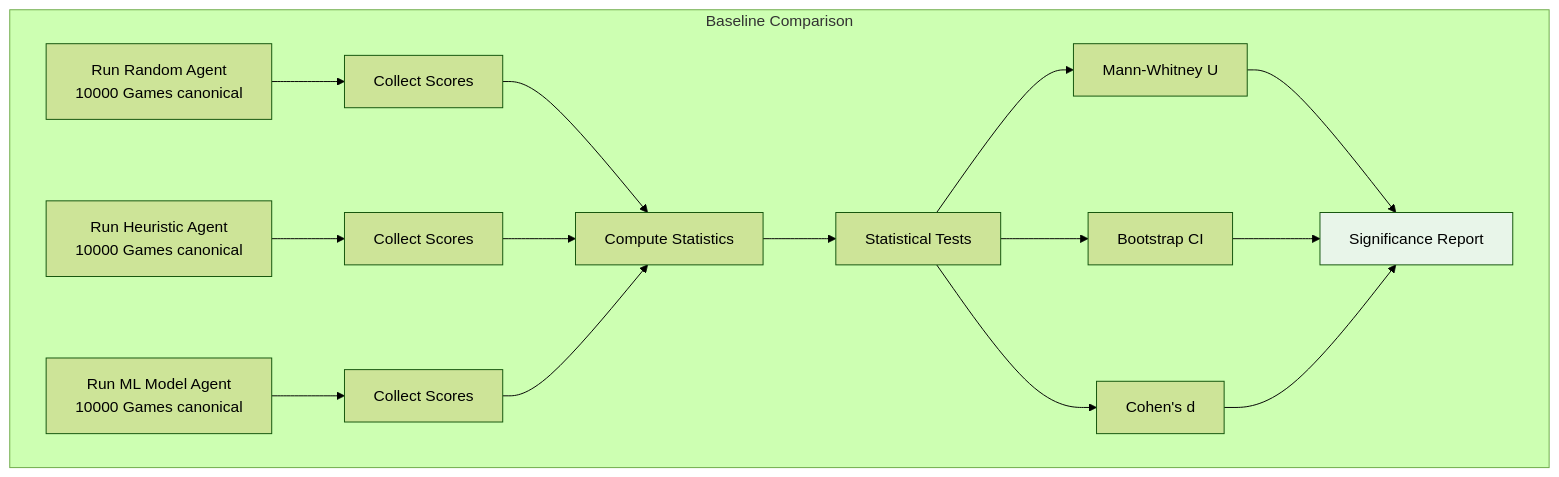
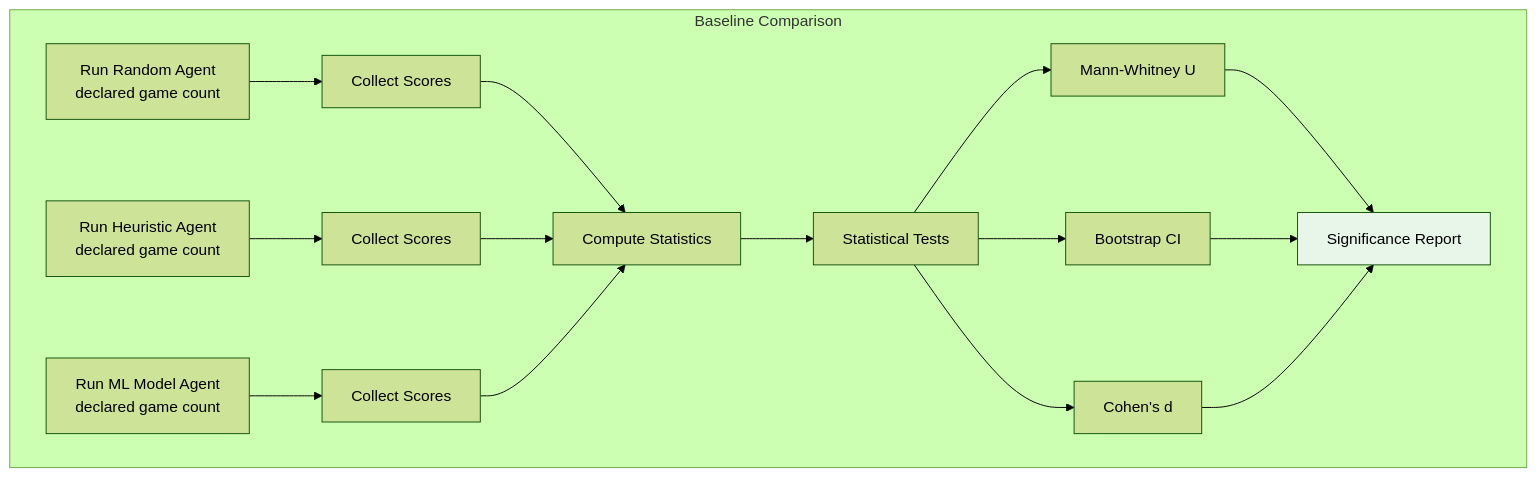
Before and after one commit to Evintkoo/2048-ml: the fourth of 4 diagrams in plans/07-Benchmarking/01-Evaluation/01-benchmarking-framework.md, drawn with Mermaid (forest theme). The commit also changed other lines of this file and 67 other files, not shown here.

````diff
--- a/plans/07-Benchmarking/01-Evaluation/01-benchmarking-framework.md
+++ b/plans/07-Benchmarking/01-Evaluation/01-benchmarking-framework.md
@@ -184,23 +172,23 @@
 ```mermaid
 flowchart TD
     subgraph "Baseline Comparison"
-        A[Run Random Agent<br/>10000 Games canonical] --> B[Collect Scores]
-        C[Run Heuristic Agent<br/>10000 Games canonical] --> D[Collect Scores]
-        E[Run ML Model Agent<br/>10000 Games canonical] --> F[Collect Scores]
+        A[Run Random Agent<br/>declared game count] --> B[Collect Scores]
+        C[Run Heuristic Agent<br/>declared game count] --> D[Collect Scores]
+        E[Run ML Model Agent<br/>declared game count] --> F[Collect Scores]
         
         B --> G[Compute Statistics]
         D --> G
         F --> G
         
         G --> H[Statistical Tests]
         H --> I[Mann-Whitney U]
         H --> J[Bootstrap CI]
         H --> K[Cohen's d]
         
         I --> L[Significance Report]
         J --> L
         K --> L
     end
     
     style L fill:#e8f5e9
 ```
````
